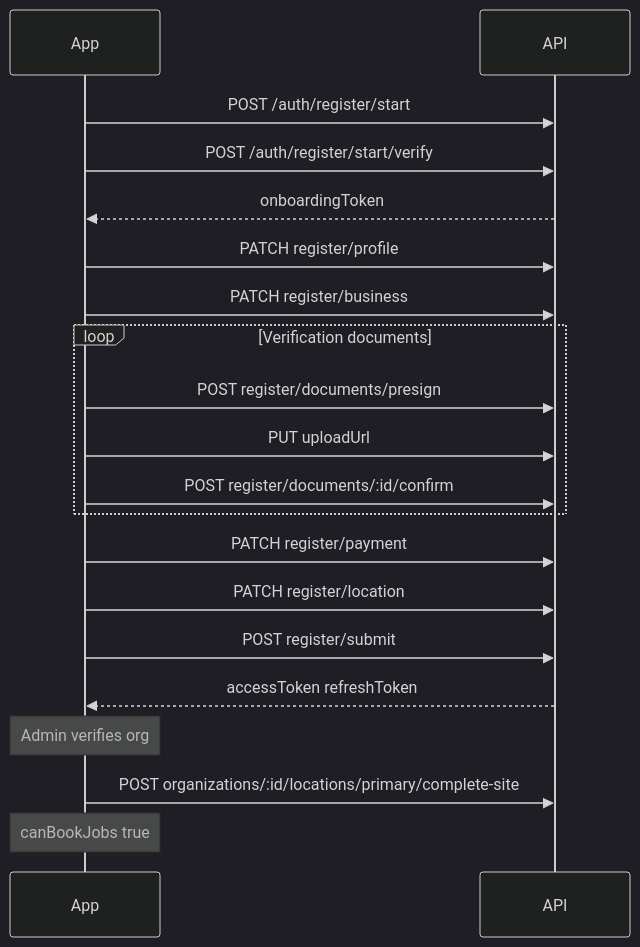
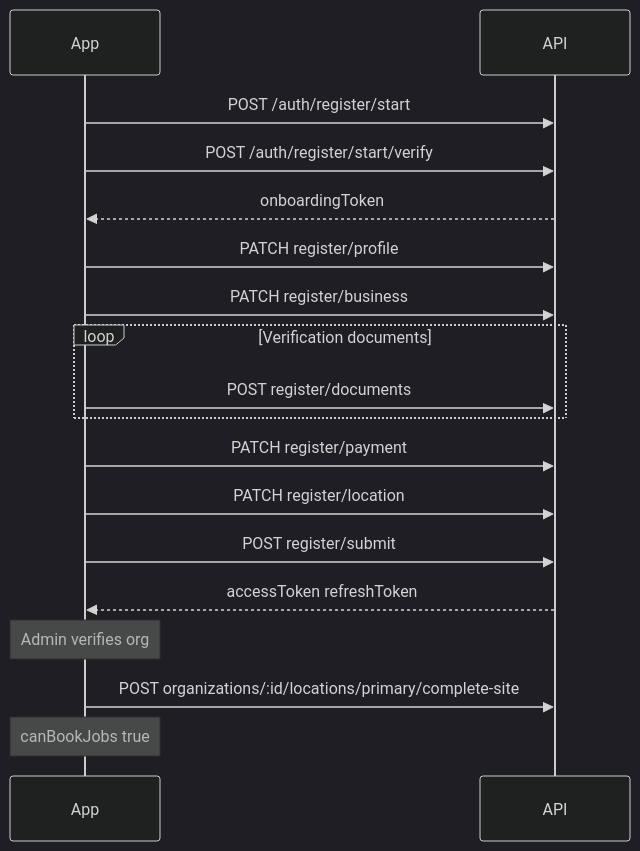
One commit to Orrie-Dan/Guardian-backend-service changed the first of 3 diagrams in docs/user-journeys.md. Above: the diagram before and after it, drawn with Mermaid (dark theme). The commit also changed other lines of this file and 12 other files, not shown here.

````diff
--- a/docs/user-journeys.md
+++ b/docs/user-journeys.md
@@ -23,27 +23,25 @@
 ```mermaid
 sequenceDiagram
   participant App
   participant API
 
   App->>API: POST /auth/register/start
   App->>API: POST /auth/register/start/verify
   API-->>App: onboardingToken
 
   App->>API: PATCH register/profile
   App->>API: PATCH register/business
 
   loop Verification documents
-    App->>API: POST register/documents/presign
-    App->>API: PUT uploadUrl
-    App->>API: POST register/documents/:id/confirm
+    App->>API: POST register/documents
   end
 
   App->>API: PATCH register/payment
   App->>API: PATCH register/location
   App->>API: POST register/submit
   API-->>App: accessToken refreshToken
 
   Note over App: Admin verifies org
   App->>API: POST organizations/:id/locations/primary/complete-site
   Note over App: canBookJobs true
 ```
````
